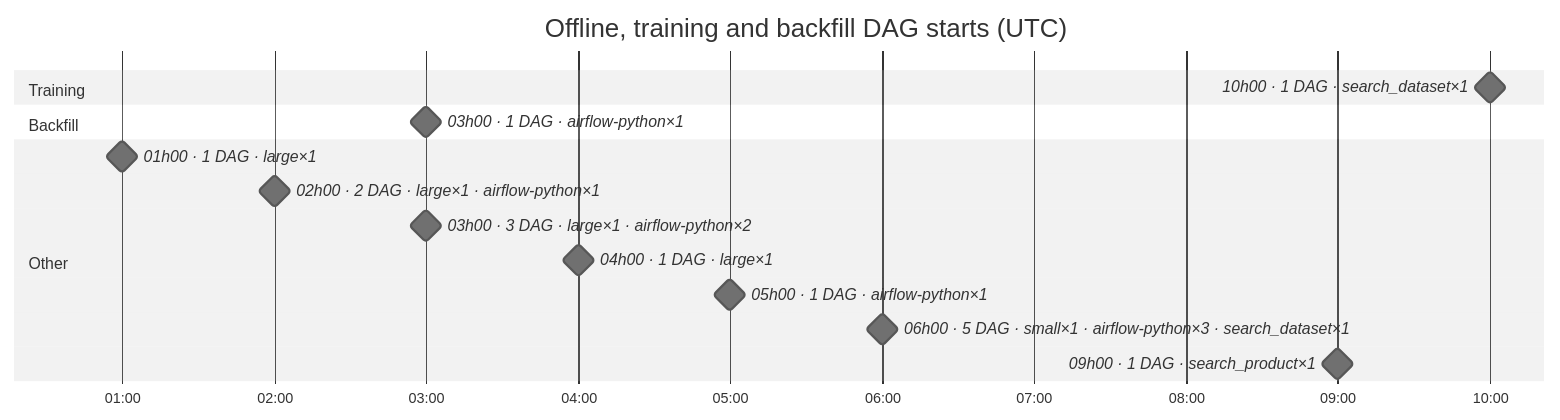
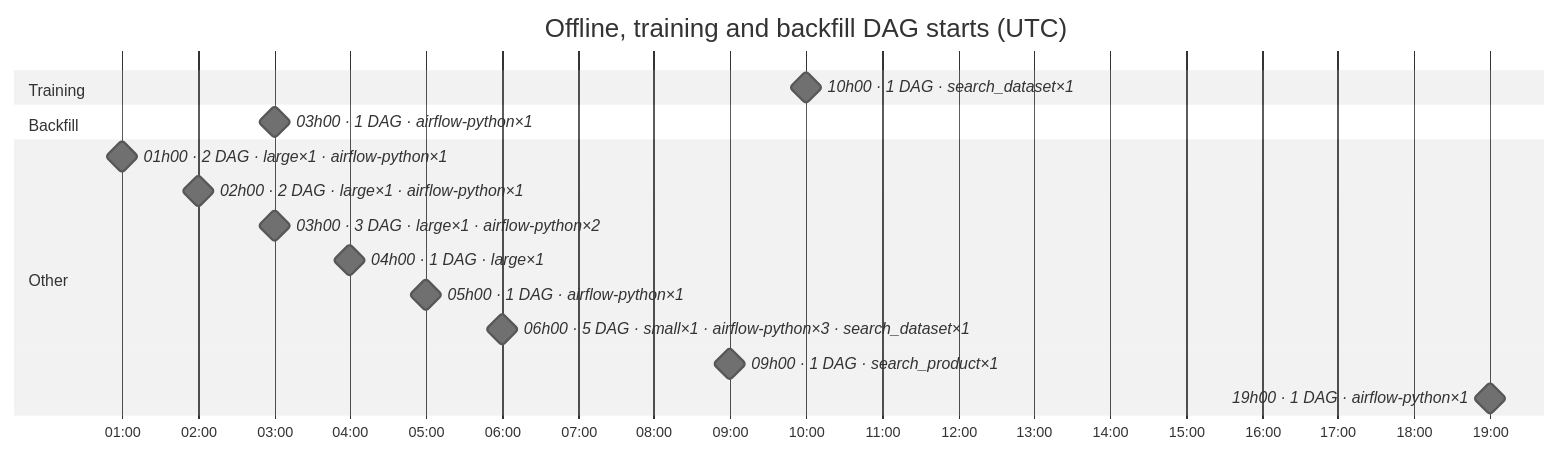
The sixth of 7 diagrams in docs/feature_platform_map.md (DayMarket/ml-feature-platform), drawn with Mermaid (neutral theme) before and after one commit. The commit also changed other lines of this file, not shown here.

````diff
--- a/docs/feature_platform_map.md
+++ b/docs/feature_platform_map.md
@@ -243,19 +247,20 @@
 ```mermaid
 gantt
     title Offline, training and backfill DAG starts (UTC)
     dateFormat HH:mm
     axisFormat %H:%M
     tickInterval 1hour
     section Training
     10h00 · 1 DAG · search_dataset×1 :milestone, s0_0600, 10:00, 0m
     section Backfill
     03h00 · 1 DAG · airflow-python×1 :milestone, s1_0180, 03:00, 0m
     section Other
-    01h00 · 1 DAG · large×1 :milestone, s2_0060, 01:00, 0m
+    01h00 · 2 DAG · large×1 · airflow-python×1 :milestone, s2_0060, 01:00, 0m
     02h00 · 2 DAG · large×1 · airflow-python×1 :milestone, s2_0120, 02:00, 0m
     03h00 · 3 DAG · large×1 · airflow-python×2 :milestone, s2_0180, 03:00, 0m
     04h00 · 1 DAG · large×1 :milestone, s2_0240, 04:00, 0m
     05h00 · 1 DAG · airflow-python×1 :milestone, s2_0300, 05:00, 0m
     06h00 · 5 DAG · small×1 · airflow-python×3 · search_dataset×1 :milestone, s2_0360, 06:00, 0m
     09h00 · 1 DAG · search_product×1 :milestone, s2_0540, 09:00, 0m
+    19h00 · 1 DAG · airflow-python×1 :milestone, s2_1140, 19:00, 0m
 ```
````
